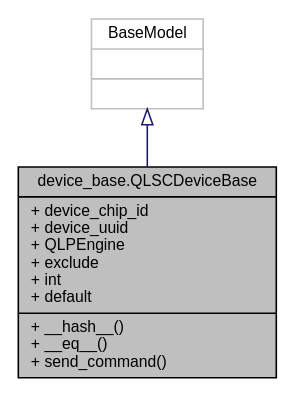
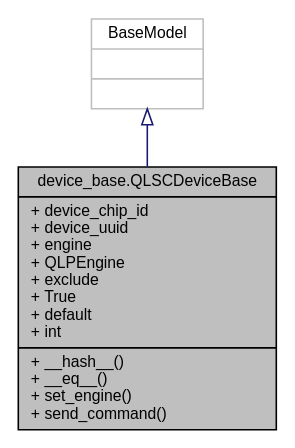
One commit to Quantum-0/qlsc changed the diagram in classdevice__base_1_1QLSCDeviceBase__inherit__graph.dot. Above: the diagram before and after it, drawn with Graphviz. The commit also changed 205 other files, not shown here.

```diff
--- a/classdevice__base_1_1QLSCDeviceBase__inherit__graph.dot
+++ b/classdevice__base_1_1QLSCDeviceBase__inherit__graph.dot
@@ -1,9 +1,9 @@
 digraph "device_base.QLSCDeviceBase"
 {
  // LATEX_PDF_SIZE
   edge [fontname="Helvetica",fontsize="10",labelfontname="Helvetica",labelfontsize="10"];
   node [fontname="Helvetica",fontsize="10",shape=record];
-  Node1 [label="{device_base.QLSCDeviceBase\n|+ device_chip_id\l+ device_uuid\l+ QLPEngine\l+ exclude\l+ int\l+ default\l|+ __hash__()\l+ __eq__()\l+ send_command()\l}",height=0.2,width=0.4,color="black", fillcolor="grey75", style="filled", fontcolor="black",tooltip=" "];
+  Node1 [label="{device_base.QLSCDeviceBase\n|+ device_chip_id\l+ device_uuid\l+ engine\l+ QLPEngine\l+ exclude\l+ True\l+ default\l+ int\l|+ __hash__()\l+ __eq__()\l+ set_engine()\l+ send_command()\l}",height=0.2,width=0.4,color="black", fillcolor="grey75", style="filled", fontcolor="black",tooltip=" "];
   Node2 -> Node1 [dir="back",color="midnightblue",fontsize="10",style="solid",arrowtail="onormal",fontname="Helvetica"];
   Node2 [label="{BaseModel\n||}",height=0.2,width=0.4,color="grey75", fillcolor="white", style="filled",tooltip=" "];
 }
```
